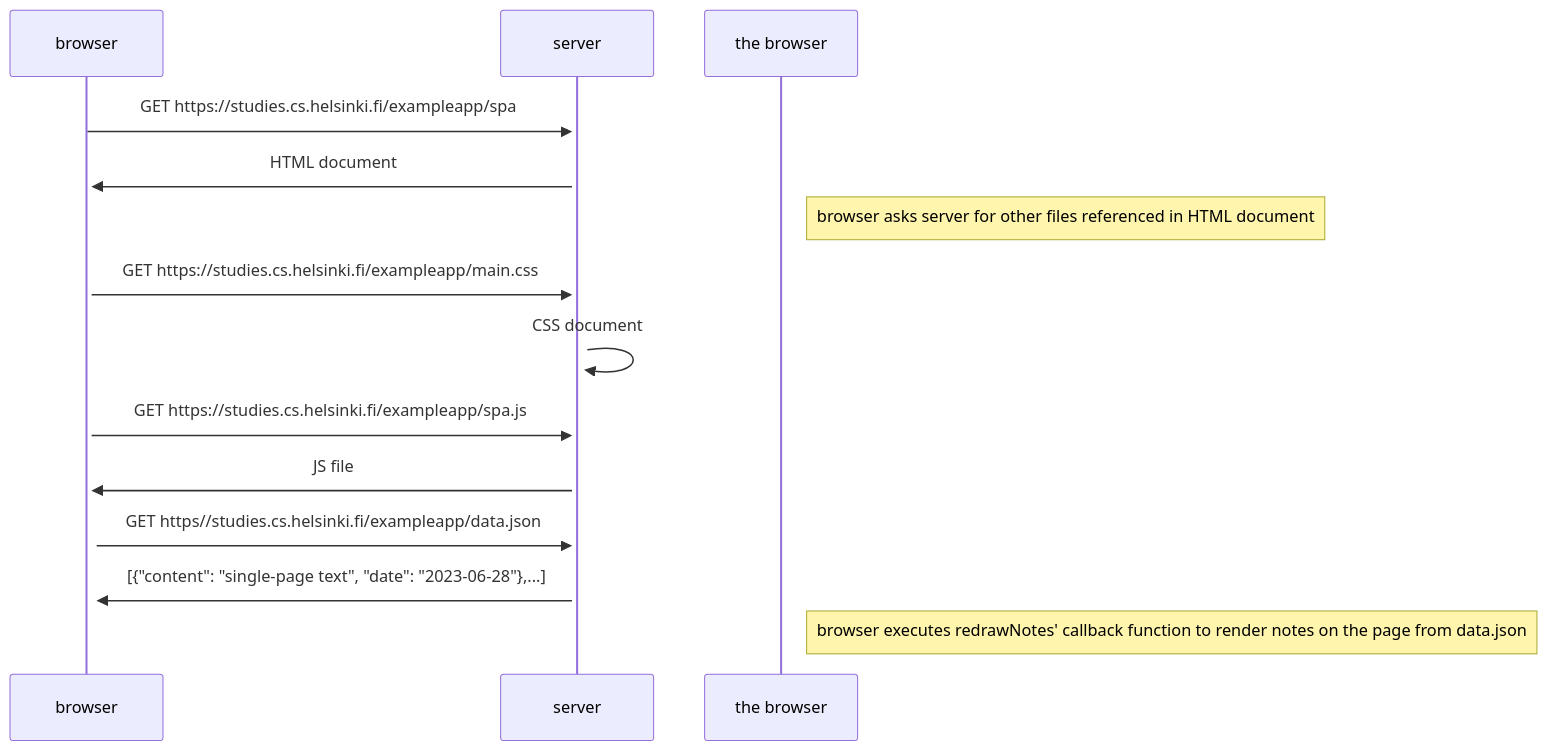
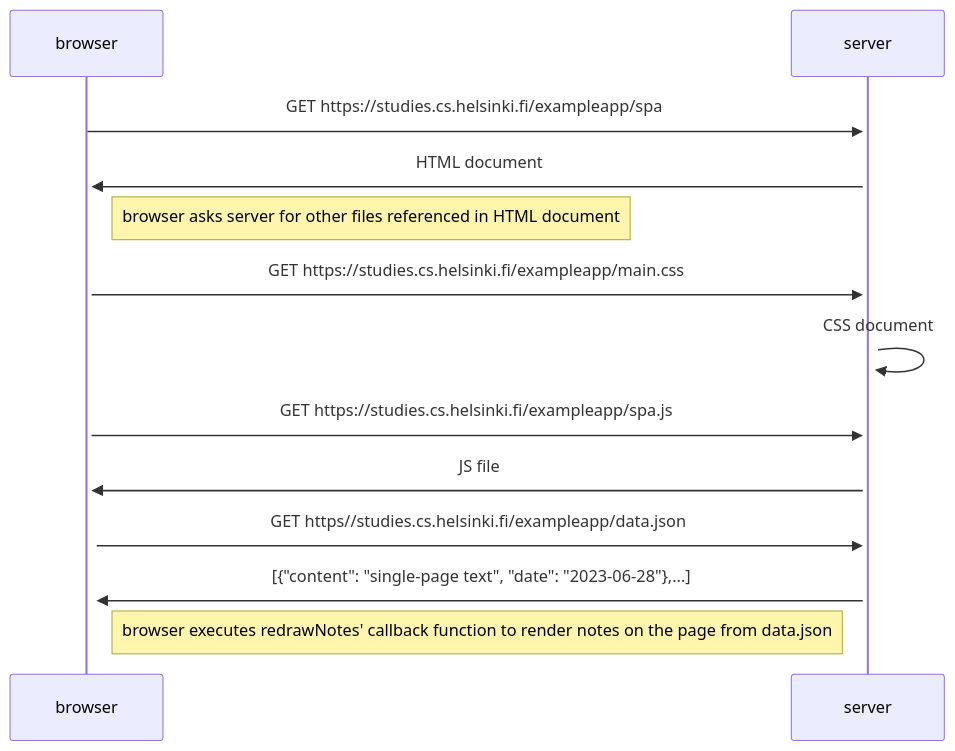
The diagram in part_0/exercise_0.5.md (Mingtendo/fullstackopen), drawn with Mermaid before and after one commit. The commit also changed 1 other file, not shown here.

Commit message:
Fixed wording that was causing two diagrams to be drawn (i.e. 'note right of the browser' -> 'note right of browser').

````diff
--- a/part_0/exercise_0.5.md
+++ b/part_0/exercise_0.5.md
@@ -5,21 +5,21 @@
 ```mermaid
 
 sequenceDiagram
 
 	browser ->>+ server: GET https://studies.cs.helsinki.fi/exampleapp/spa
 	server ->>+ browser: HTML document
 
-	Note right of the browser: browser asks server for other files referenced in HTML document
+	Note right of browser: browser asks server for other files referenced in HTML document
 
 	browser ->>+ server: GET https://studies.cs.helsinki.fi/exampleapp/main.css
 	server ->>+ server: CSS document
 
 	browser ->>+ server: GET https://studies.cs.helsinki.fi/exampleapp/spa.js
 	server ->>+ browser: JS file
 
 	browser ->>+ server: GET https//studies.cs.helsinki.fi/exampleapp/data.json
 	server ->>+ browser: [{"content": "single-page text", "date": "2023-06-28"},...]
 
-	Note right of the browser: browser executes redrawNotes' callback function to render notes on the page from data.json
+	Note right of browser: browser executes redrawNotes' callback function to render notes on the page from data.json
 
 ```
````
